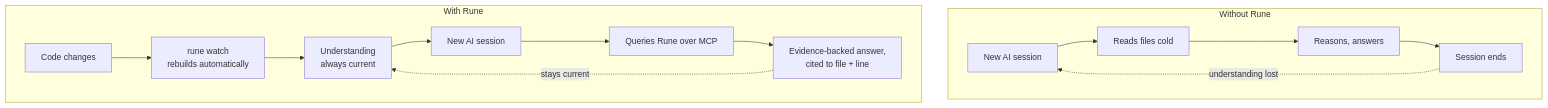
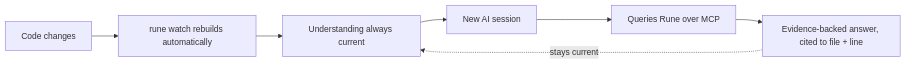
One commit to thecolourfoundation/rune changed the second of 4 diagrams in README.md. Above: the diagram before and after it, drawn with Mermaid. The commit also changed other lines of this file, not shown here.

Commit message:
fix: diagram 1 still failed to render after the first fix attempt
Screenshot confirmed 'Unable to render rich display' persisted even
after removing unicode symbols and inner 'direction' declarations -- so
that theory was wrong. Rather than guess a third narrow fix, removed the
actual structural feature diagram 1 had that the other two didn't:
subgraphs. Split it into two separate, plain flowchart blocks (no
subgraph wrapper at all) with markdown bold text as the section labels
instead of subgraph titles.

Also proactively removed <br/> tags and apostrophes/quotes-inside-labels
from all three diagrams, and dots/slashes from a sequenceDiagram
participant alias -- defensive simplification across the board rather
than waiting for evidence each one is also broken, since another failed
round-trip is expensive.

Still can't render-test Mermaid locally in this environment. This is the
most conservative, plain-syntax version I can produce; if it still
fails, the issue may not be syntax at all (e.g. a GitHub-side caching or
rendering-service issue) and would need a different kind of
investigation.

````diff
--- a/README.md
+++ b/README.md
@@ -7,17 +19,9 @@
 ```mermaid
-flowchart TB
-    subgraph Without["Without Rune"]
-        A1["New AI session"] --> A2["Reads files cold"]
-        A2 --> A3["Reasons, answers"]
-        A3 --> A4["Session ends"]
-        A4 -.->|"understanding lost"| A1
-    end
-    subgraph With["With Rune"]
-        B1["Code changes"] --> B2["rune watch<br/>rebuilds automatically"]
-        B2 --> B3["Understanding<br/>always current"]
-        B3 --> B4["New AI session"]
-        B4 --> B5["Queries Rune over MCP"]
-        B5 --> B6["Evidence-backed answer,<br/>cited to file + line"]
-        B6 -.->|"stays current"| B3
-    end
+flowchart LR
+    B1["Code changes"] --> B2["rune watch rebuilds automatically"]
+    B2 --> B3["Understanding always current"]
+    B3 --> B4["New AI session"]
+    B4 --> B5["Queries Rune over MCP"]
+    B5 --> B6["Evidence-backed answer, cited to file + line"]
+    B6 -.->|"stays current"| B3
 ```
````
